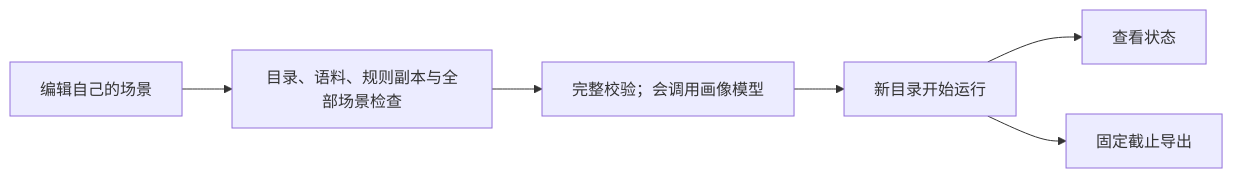
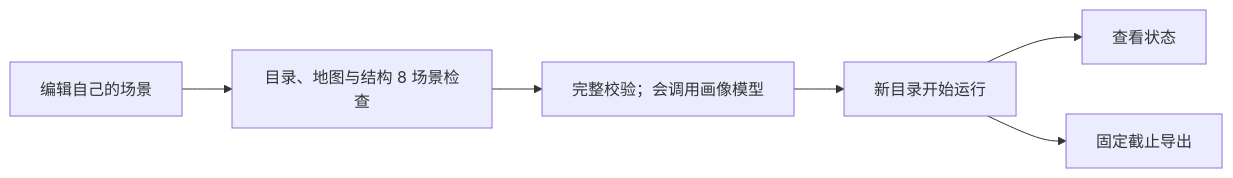
One commit to HoldThatThgt/WorldMock changed the diagram in docs/manual/runtime.md. Above: the diagram before and after it, drawn with Mermaid. The commit also changed other lines of this file and 164 other files, not shown here.

````diff
--- a/docs/manual/runtime.md
+++ b/docs/manual/runtime.md
@@ -171,8 +173,8 @@
 ```mermaid
 flowchart LR
-    CONFIG[编辑自己的场景] --> OFFLINE[目录、语料、规则副本与全部场景检查]
+    CONFIG[编辑自己的场景] --> OFFLINE[目录、地图与结构 8 场景检查]
     OFFLINE --> VALIDATE[完整校验；会调用画像模型]
     VALIDATE --> RUN[新目录开始运行]
     RUN --> STATUS[查看状态]
     RUN --> EXPORT[固定截止导出]
 ```
````
